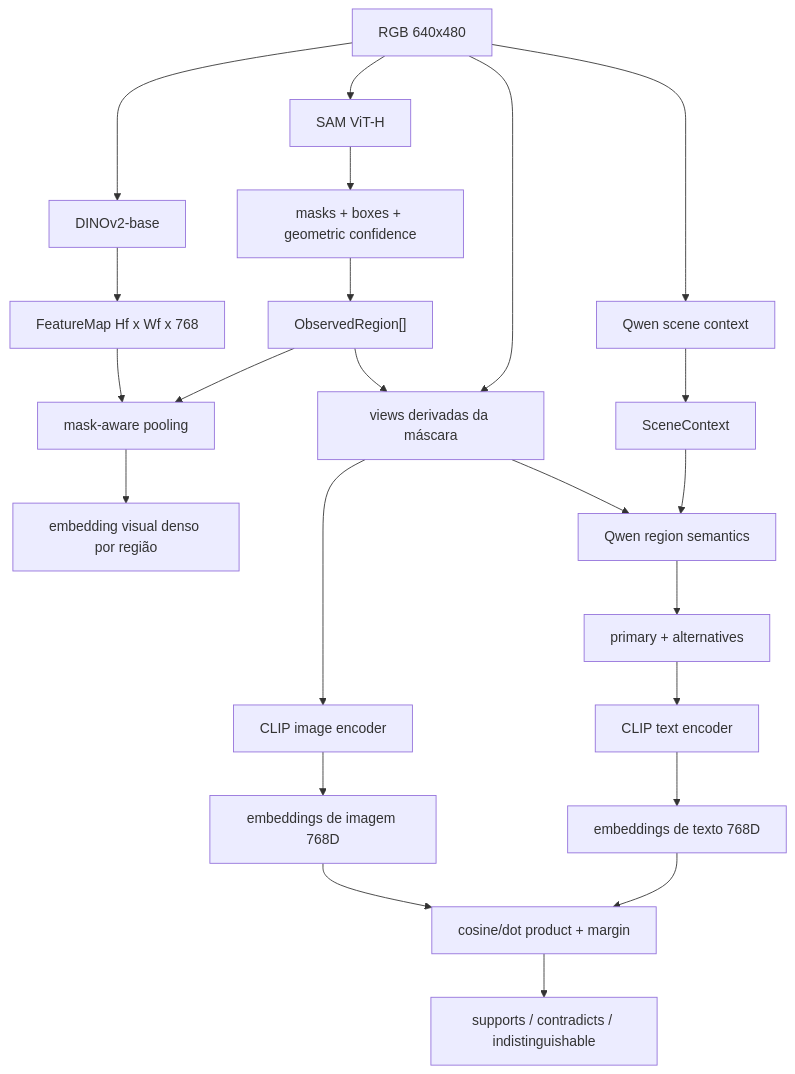
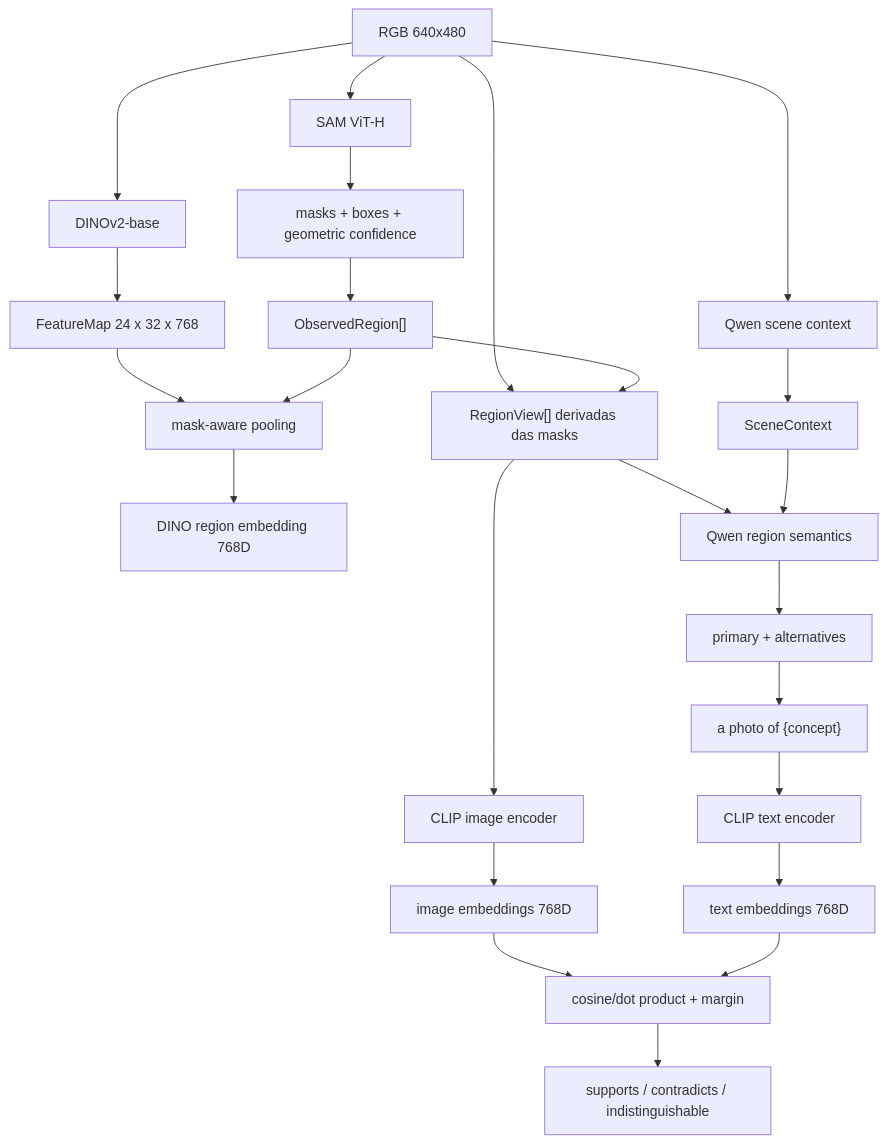
One commit to Alexandre-Tortoza/contextual-3d-mapping changed the diagram in modules/visual-perception/docs/pipeline.md. Above: the diagram before and after it, drawn with Mermaid. The commit also changed other lines of this file, not shown here.

Commit message:
docs: make visual perception pipeline exact and descriptive

````diff
--- a/modules/visual-perception/docs/pipeline.md
+++ b/modules/visual-perception/docs/pipeline.md
@@ -18,31 +18,35 @@
 ```mermaid
 flowchart TD
     RGB["RGB 640x480"]
 
     RGB --> SAM["SAM ViT-H"]
     SAM --> MASKS["masks + boxes + geometric confidence"]
     MASKS --> MERGE["ObservedRegion[]"]
 
     RGB --> DINO["DINOv2-base"]
-    DINO --> FM["FeatureMap Hf x Wf x 768"]
+    DINO --> FM["FeatureMap 24 x 32 x 768"]
     FM --> POOL["mask-aware pooling"]
     MERGE --> POOL
-    POOL --> DINOREG["embedding visual denso por região"]
+    POOL --> DINOREG["DINO region embedding 768D"]
 
-    MERGE --> VIEWS["views derivadas da máscara"]
-    RGB --> VIEWS
+    RGB --> VIEWS["RegionView[] derivadas das masks"]
+    MERGE --> VIEWS
+
     VIEWS --> CLIPIMG["CLIP image encoder"]
-    CLIPIMG --> CLIPVECS["embeddings de imagem 768D"]
+    CLIPIMG --> CLIPVECS["image embeddings 768D"]
 
     RGB --> QSCENE["Qwen scene context"]
     QSCENE --> SCENE["SceneContext"]
+
     VIEWS --> QREGION["Qwen region semantics"]
     SCENE --> QREGION
     QREGION --> CLAIMS["primary + alternatives"]
 
-    CLAIMS --> CLIPTXT["CLIP text encoder"]
-    CLIPTXT --> TXTVECS["embeddings de texto 768D"]
+    CLAIMS --> TEMPLATE["a photo of {concept}"]
+    TEMPLATE --> CLIPTXT["CLIP text encoder"]
+    CLIPTXT --> TXTVECS["text embeddings 768D"]
+
     CLIPVECS --> SUPPORT["cosine/dot product + margin"]
     TXTVECS --> SUPPORT
     SUPPORT --> SIGNALS["supports / contradicts / indistinguishable"]
 ```
````
